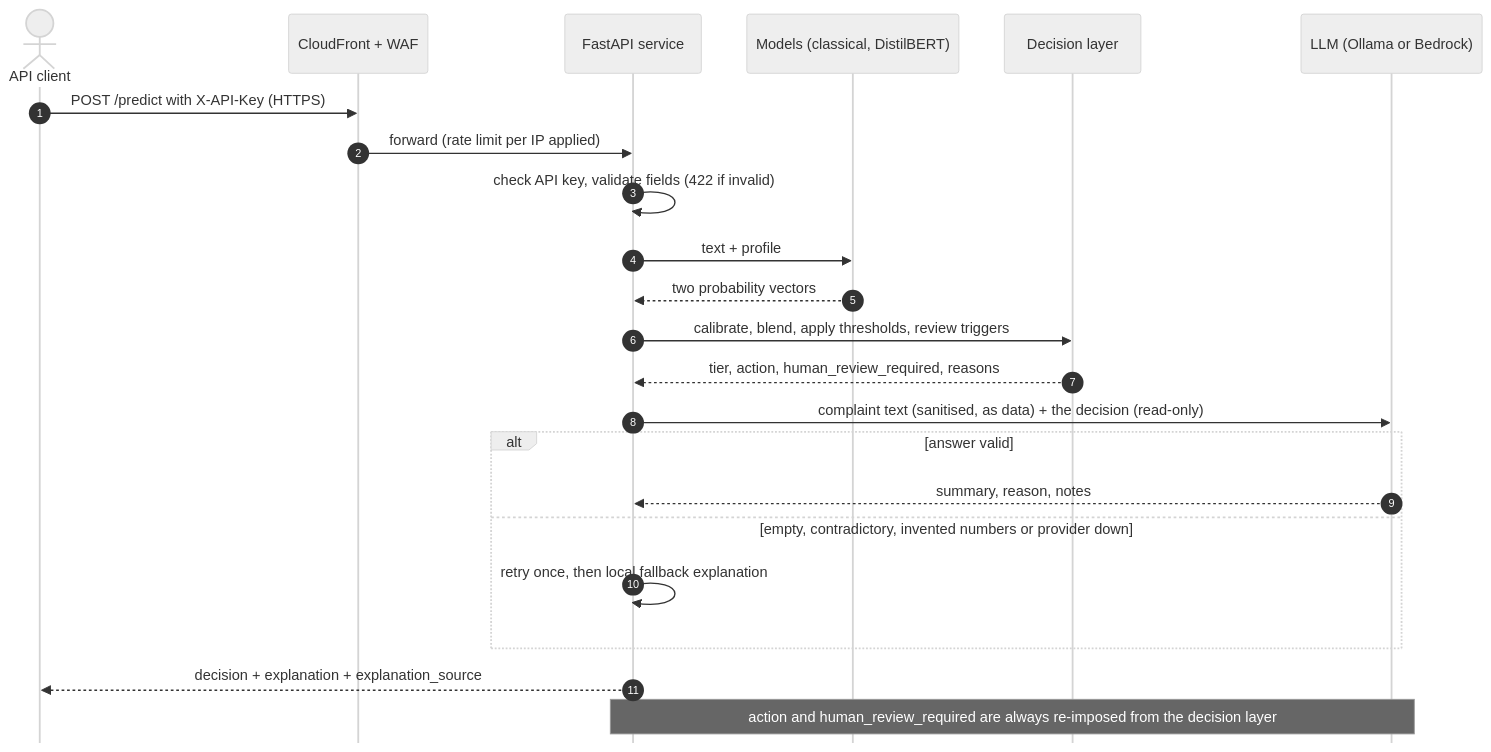
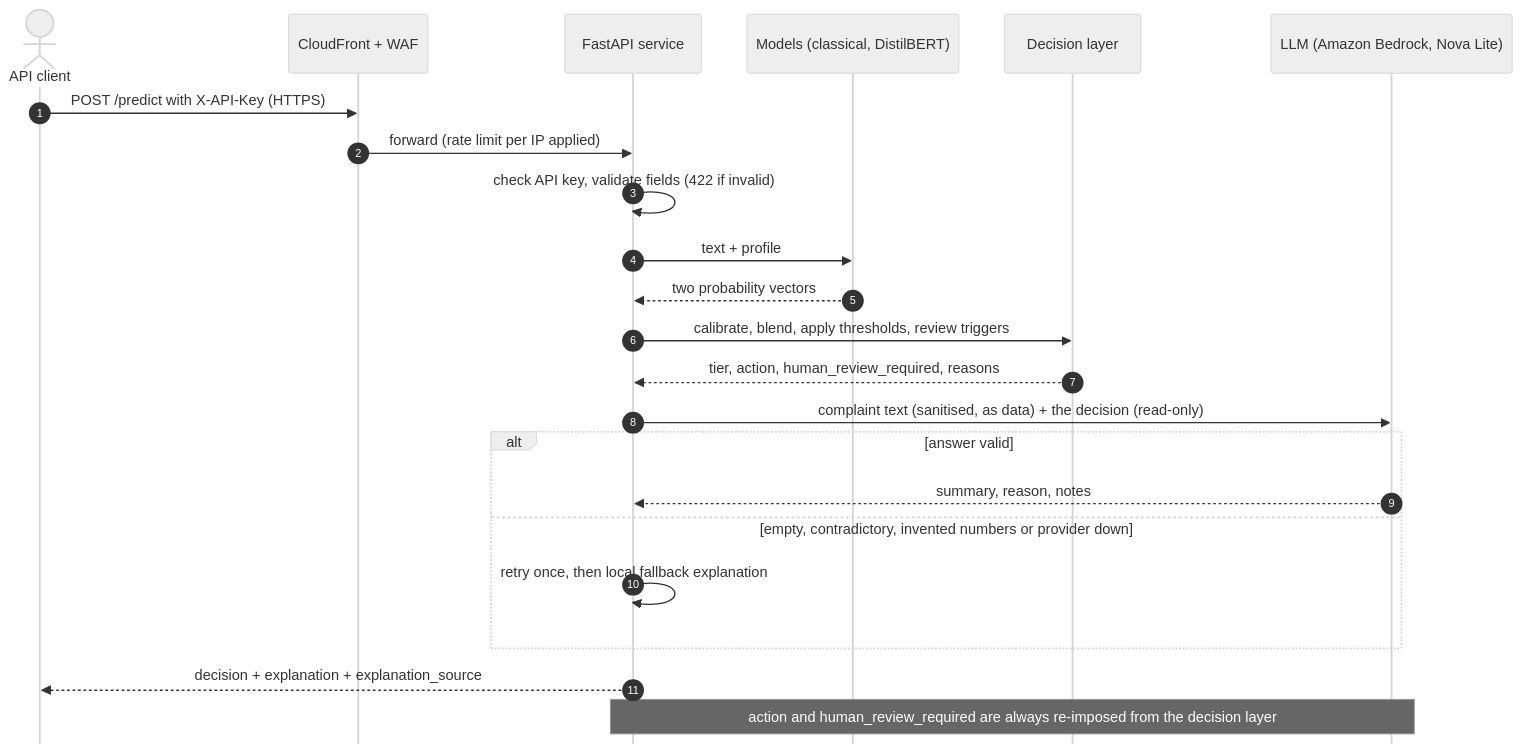
Before and after one commit to anandapurva55/hybrid-complaint-risk-ai: the first of 2 diagrams in README.md, drawn with Mermaid. The commit also changed other lines of this file and 18 other files, not shown here.

Commit message:
Remove Ollama/llama3.2: Bedrock (Nova Lite) is the only LLM provider; re-measure explanation layer; update docs, diagrams, badges

````diff
--- a/README.md
+++ b/README.md
@@ -89,27 +87,27 @@
 ```mermaid
 %%{init: {'theme': 'neutral', 'sequence': {'mirrorActors': false, 'messageMargin': 28}}}%%
 sequenceDiagram
     autonumber
     actor C as API client
     participant E as CloudFront + WAF
     participant A as FastAPI service
     participant M as Models (classical, DistilBERT)
     participant D as Decision layer
-    participant L as LLM (Ollama or Bedrock)
+    participant L as LLM (Amazon Bedrock, Nova Lite)
 
     C->>E: POST /predict with X-API-Key (HTTPS)
     E->>A: forward (rate limit per IP applied)
     A->>A: check API key, validate fields (422 if invalid)
     A->>M: text + profile
     M-->>A: two probability vectors
     A->>D: calibrate, blend, apply thresholds, review triggers
     D-->>A: tier, action, human_review_required, reasons
     A->>L: complaint text (sanitised, as data) + the decision (read-only)
     alt answer valid
         L-->>A: summary, reason, notes
     else empty, contradictory, invented numbers or provider down
         A->>A: retry once, then local fallback explanation
     end
     A-->>C: decision + explanation + explanation_source
     Note over A,L: action and human_review_required are always re-imposed from the decision layer
 ```
````
